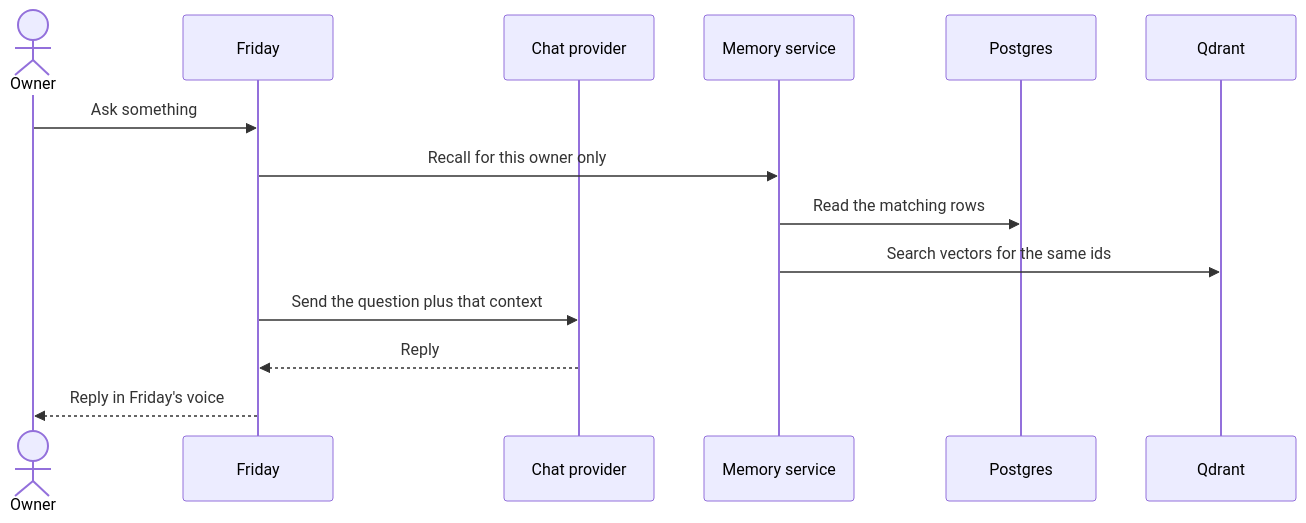
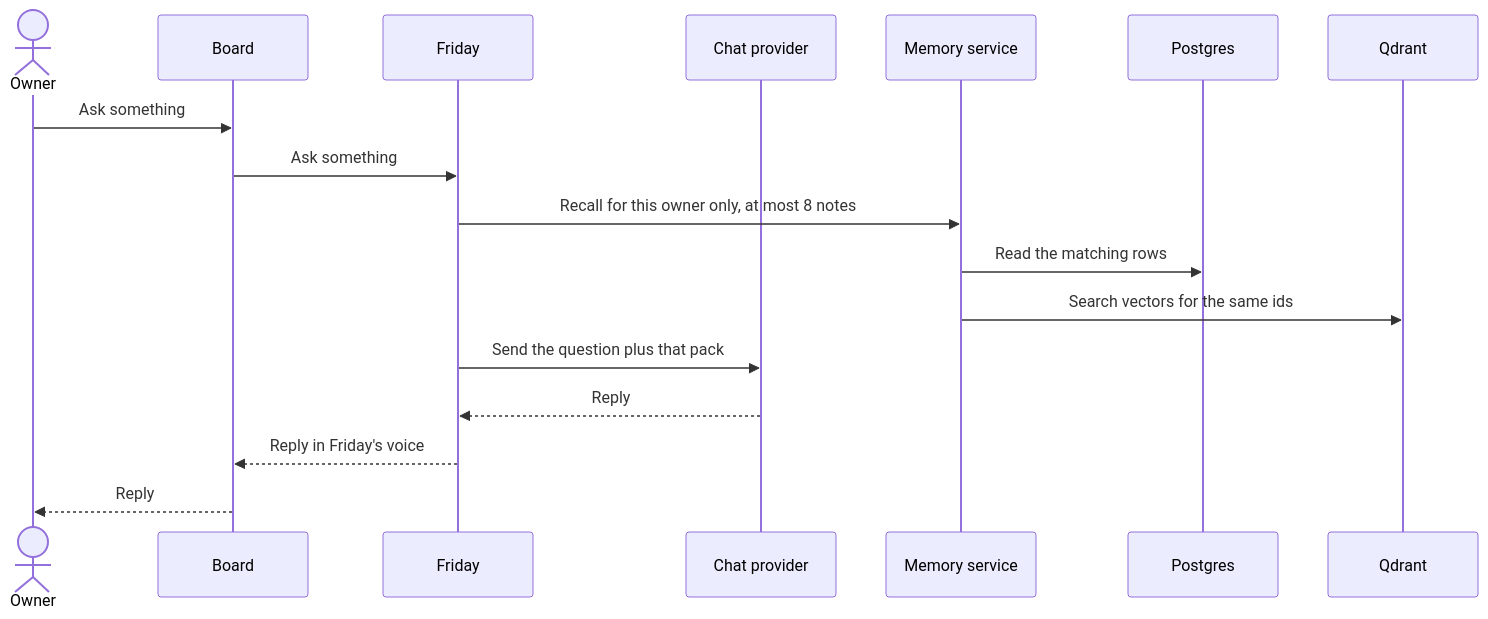
One commit to asikmydeen/friday-os-stack changed the second of 3 diagrams in docs/system.md. Above: the diagram before and after it, drawn with Mermaid. The commit also changed other lines of this file and 9 other files, not shown here.

First line of the commit message:
Record the recall limit, the separate app disk, and the Board-only door.

````diff
--- a/docs/system.md
+++ b/docs/system.md
@@ -96,17 +104,20 @@
 ```mermaid
 sequenceDiagram
   actor Owner
+  participant Board
   participant Friday
   participant Provider as Chat provider
   participant Memory as Memory service
   participant Postgres
   participant Qdrant
 
-  Owner->>Friday: Ask something
-  Friday->>Memory: Recall for this owner only
+  Owner->>Board: Ask something
+  Board->>Friday: Ask something
+  Friday->>Memory: Recall for this owner only, at most 8 notes
   Memory->>Postgres: Read the matching rows
   Memory->>Qdrant: Search vectors for the same ids
-  Friday->>Provider: Send the question plus that context
+  Friday->>Provider: Send the question plus that pack
   Provider-->>Friday: Reply
-  Friday-->>Owner: Reply in Friday's voice
+  Friday-->>Board: Reply in Friday's voice
+  Board-->>Owner: Reply
 ```
````
